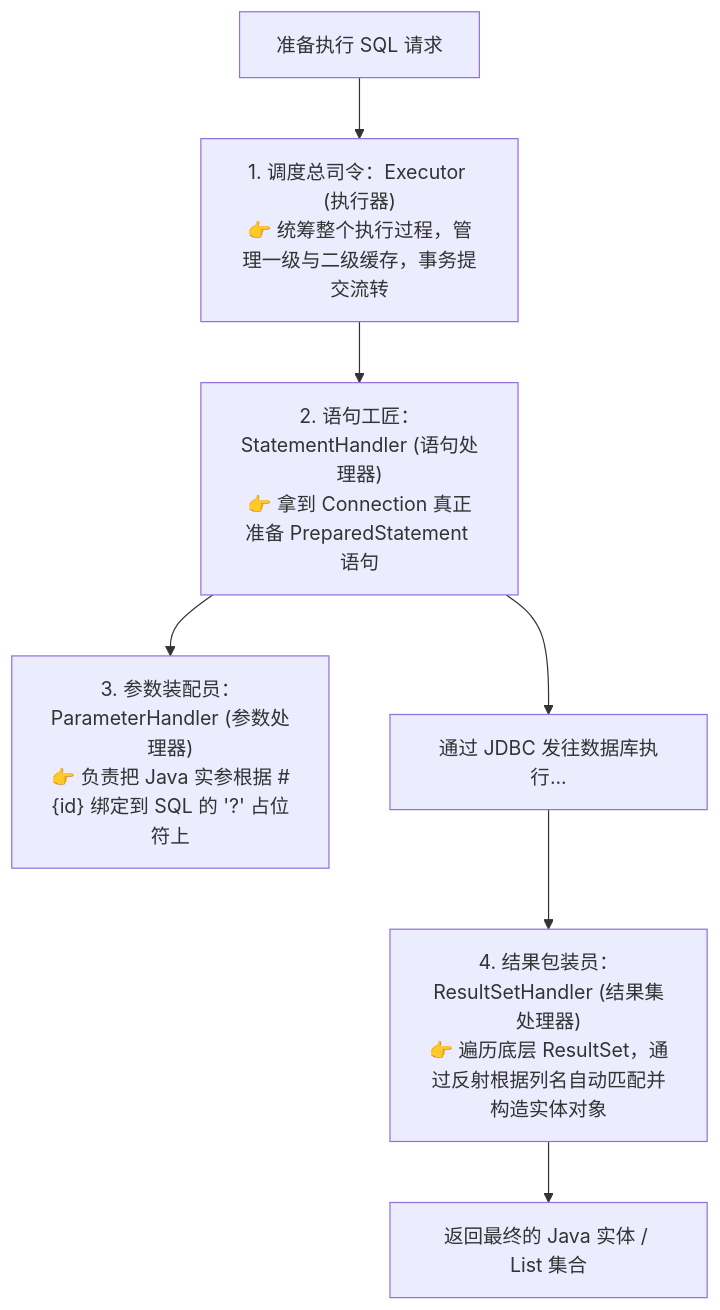
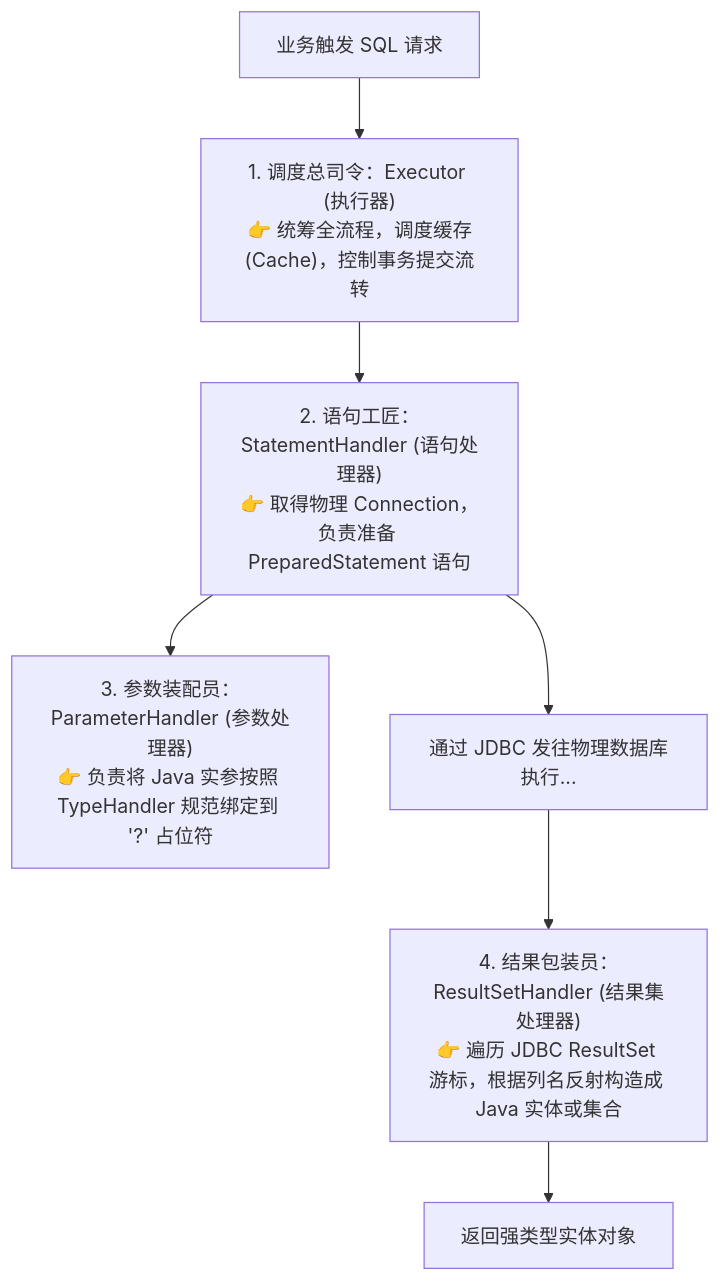
The third of 7 diagrams in 20-Java后端/04-Spring生态/07-MyBatis原理.md (GuoWWWX/knowledge-base), drawn with Mermaid before and after one commit. The commit also changed other lines of this file, not shown here.

````diff
--- a/20-Java后端/04-Spring生态/07-MyBatis原理.md
+++ b/20-Java后端/04-Spring生态/07-MyBatis原理.md
@@ -81,14 +83,14 @@
 ```mermaid
 flowchart TD
-    SQL["准备执行 SQL 请求"] --> Ex["1. 调度总司令：Executor (执行器)<br/>👉 统筹整个执行过程，管理一级与二级缓存，事务提交流转"]
+    SQL["业务触发 SQL 请求"] --> Ex["1. 调度总司令：Executor (执行器)<br/>👉 统筹全流程，调度缓存(Cache)，控制事务提交流转"]
     
-    Ex --> SH["2. 语句工匠：StatementHandler (语句处理器)<br/>👉 拿到 Connection 真正准备 PreparedStatement 语句"]
+    Ex --> SH["2. 语句工匠：StatementHandler (语句处理器)<br/>👉 取得物理 Connection，负责准备 PreparedStatement 语句"]
     
-    SH --> PH["3. 参数装配员：ParameterHandler (参数处理器)<br/>👉 负责把 Java 实参根据 #{id} 绑定到 SQL 的 '?' 占位符上"]
+    SH --> PH["3. 参数装配员：ParameterHandler (参数处理器)<br/>👉 负责将 Java 实参按照 TypeHandler 规范绑定到 '?' 占位符"]
     
-    SH --> Execution["通过 JDBC 发往数据库执行..."]
+    SH --> Execution["通过 JDBC 发往物理数据库执行..."]
     
-    Execution --> RSH["4. 结果包装员：ResultSetHandler (结果集处理器)<br/>👉 遍历底层 ResultSet，通过反射根据列名自动匹配并构造实体对象"]
+    Execution --> RSH["4. 结果包装员：ResultSetHandler (结果集处理器)<br/>👉 遍历 JDBC ResultSet 游标，根据列名反射构造成 Java 实体或集合"]
     
-    RSH --> End["返回最终的 Java 实体 / List 集合"]
+    RSH --> End["返回强类型实体对象"]
 ```
````
